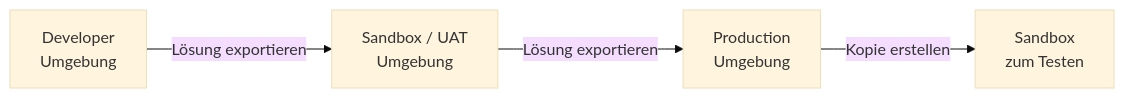
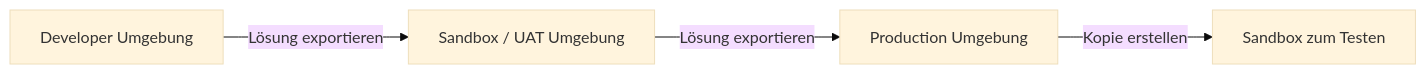
Before and after one commit to SoniiiT/notes-n-docs: the third of 4 diagrams in Microsoft 365/Dynamics 365/Dynamics 365 Überblick.md, drawn with Mermaid (base theme). The commit also changed other lines of this file and 124 other files, not shown here.

First line of the commit message:
fix: Entferne \n aus allen Mermaid-Diagrammen (125 Dateien)

````diff
--- a/Microsoft 365/Dynamics 365/Dynamics 365 Überblick.md
+++ b/Microsoft 365/Dynamics 365/Dynamics 365 Überblick.md
@@ -181,6 +181,6 @@
 ```mermaid
 graph LR
-    DEV[Developer\nUmgebung] -->|Lösung exportieren| UAT[Sandbox / UAT\nUmgebung]
-    UAT -->|Lösung exportieren| PROD[Production\nUmgebung]
-    PROD -->|Kopie erstellen| SAN[Sandbox\nzum Testen]
+    DEV[Developer Umgebung] -->|Lösung exportieren| UAT[Sandbox / UAT Umgebung]
+    UAT -->|Lösung exportieren| PROD[Production Umgebung]
+    PROD -->|Kopie erstellen| SAN[Sandbox zum Testen]
 ```
````
